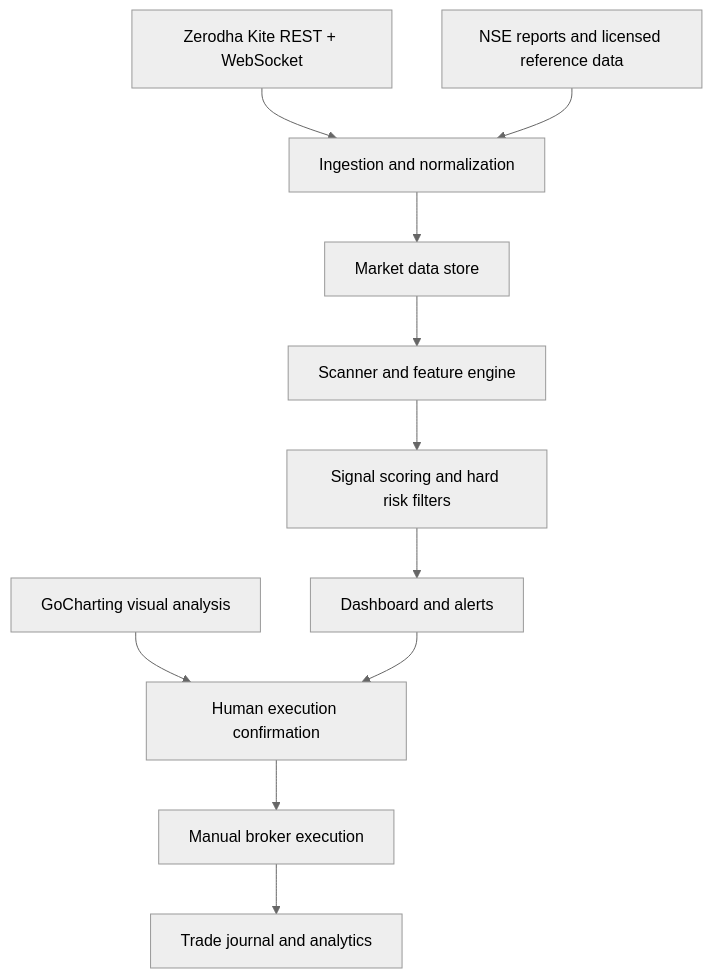
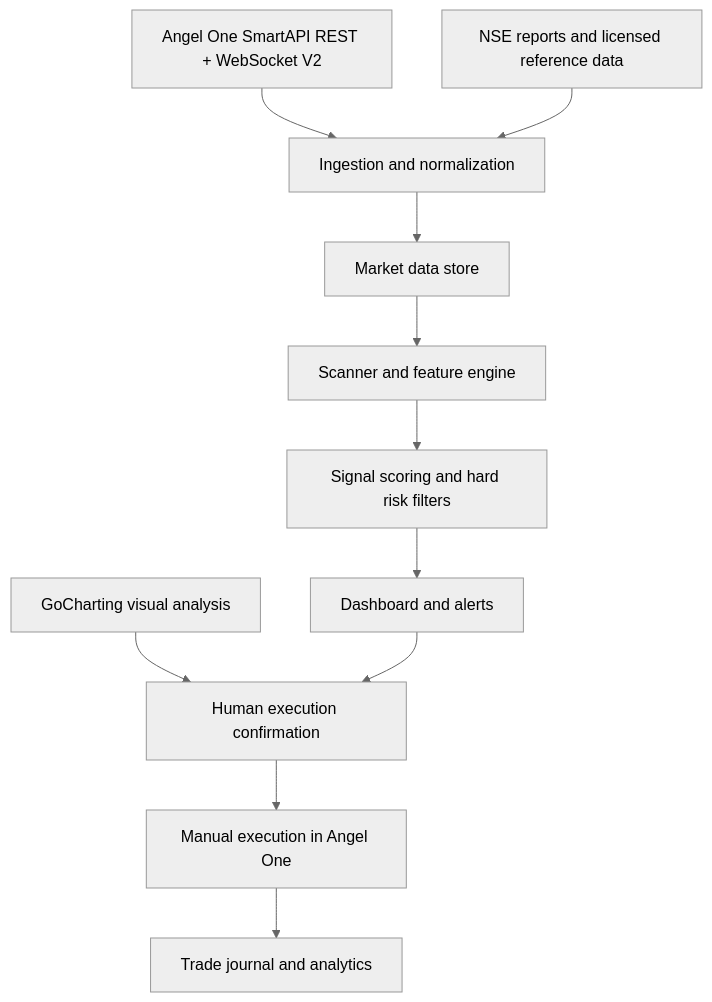
One commit to Rj0811/IDAEW changed the diagram in README.md. Above: the diagram before and after it, drawn with Mermaid (neutral theme). The commit also changed other lines of this file, not shown here.

Commit message:
docs: switch IADEW broker integration to Angel One SmartAPI

````diff
--- a/README.md
+++ b/README.md
@@ -18,13 +18,13 @@
 ```mermaid
 flowchart TD
-  A[Zerodha Kite REST + WebSocket] --> B[Ingestion and normalization]
+  A[Angel One SmartAPI REST + WebSocket V2] --> B[Ingestion and normalization]
   C[NSE reports and licensed reference data] --> B
   D[GoCharting visual analysis] --> E[Human execution confirmation]
   B --> F[Market data store]
   F --> G[Scanner and feature engine]
   G --> H[Signal scoring and hard risk filters]
   H --> I[Dashboard and alerts]
   I --> E
-  E --> J[Manual broker execution]
+  E --> J[Manual execution in Angel One]
   J --> K[Trade journal and analytics]
 ```
````
